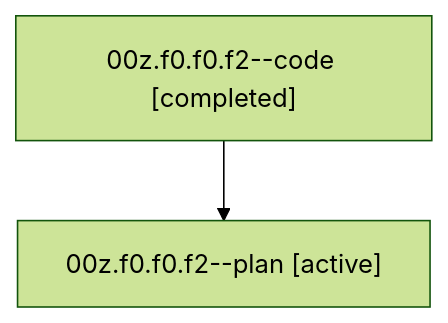
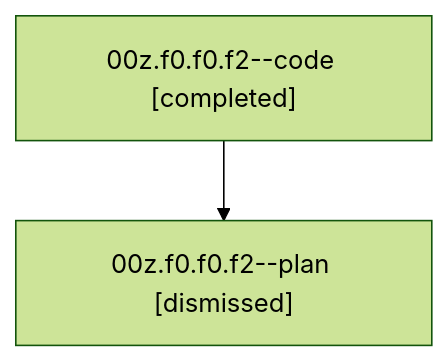
Before and after one commit to sase-org/sase--agents: the diagram in sessions/bbugyi200.athena.00z.f0.f0.f2.md, drawn with Mermaid (forest theme). The commit also changed other lines of this file and 31 other files, not shown here.

````diff
--- a/sessions/bbugyi200.athena.00z.f0.f0.f2.md
+++ b/sessions/bbugyi200.athena.00z.f0.f0.f2.md
@@ -9,6 +9,6 @@
 ```mermaid
 flowchart TD
   n0["00z.f0.f0.f2--code [completed]"]
-  n1["00z.f0.f0.f2--plan [active]"]
+  n1["00z.f0.f0.f2--plan [dismissed]"]
   n0 --> n1
 ```
````
